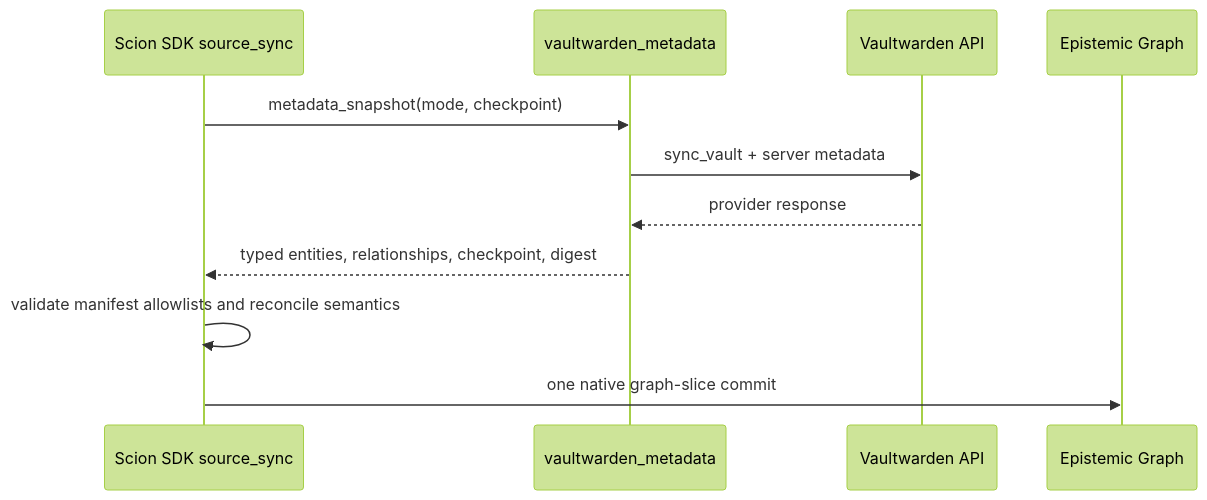
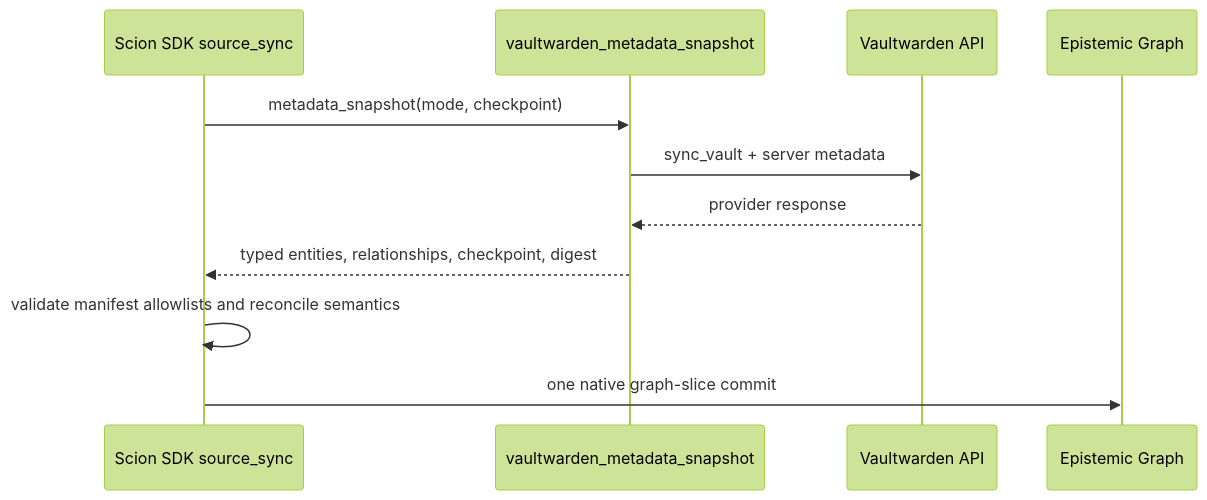
The diagram in docs/ingestion.md (Knuckles-Team/vaultwarden-mcp), drawn with Mermaid (forest theme) before and after one commit. The commit also changed other lines of this file and 38 other files, not shown here.

````diff
--- a/docs/ingestion.md
+++ b/docs/ingestion.md
@@ -8,14 +8,14 @@
 ```mermaid
 sequenceDiagram
     participant AU as Scion SDK source_sync
-    participant MCP as vaultwarden_metadata
+    participant MCP as vaultwarden_metadata_snapshot
     participant VW as Vaultwarden API
     participant EG as Epistemic Graph
 
     AU->>MCP: metadata_snapshot(mode, checkpoint)
     MCP->>VW: sync_vault + server metadata
     VW-->>MCP: provider response
     MCP-->>AU: typed entities, relationships, checkpoint, digest
     AU->>AU: validate manifest allowlists and reconcile semantics
     AU->>EG: one native graph-slice commit
 ```
````
